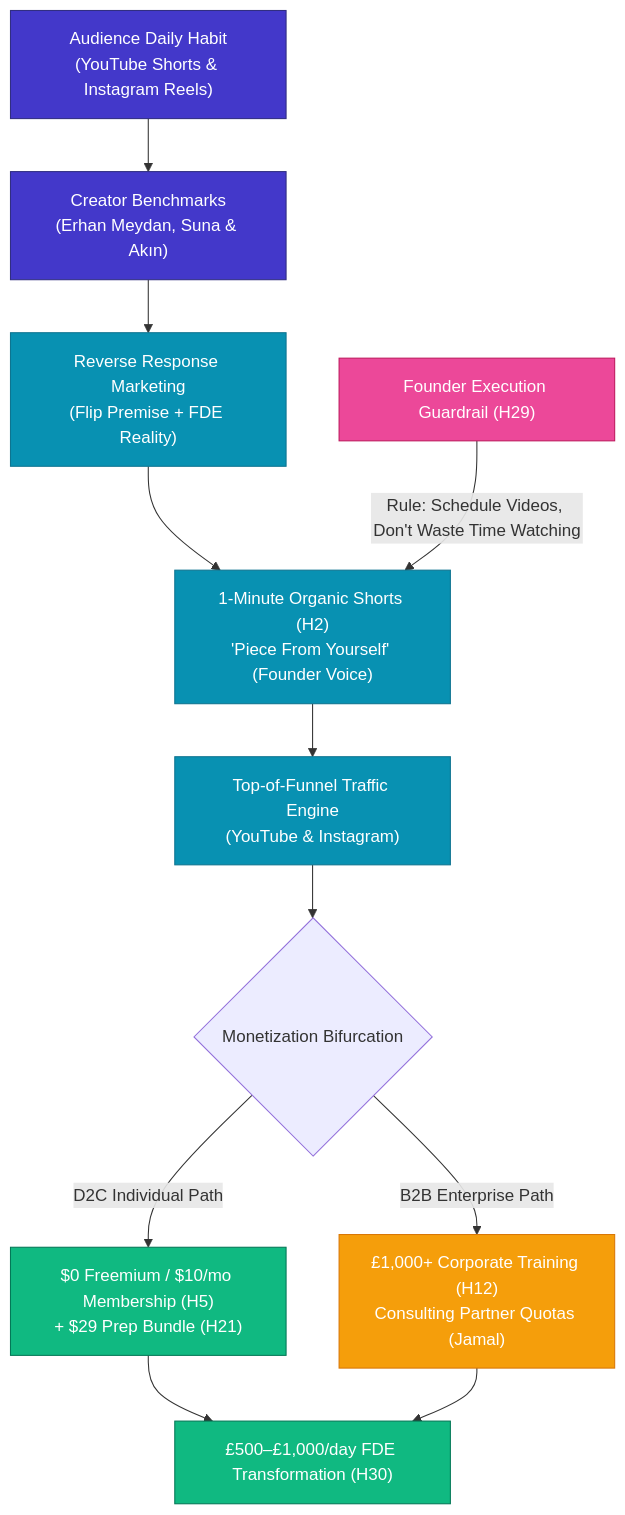
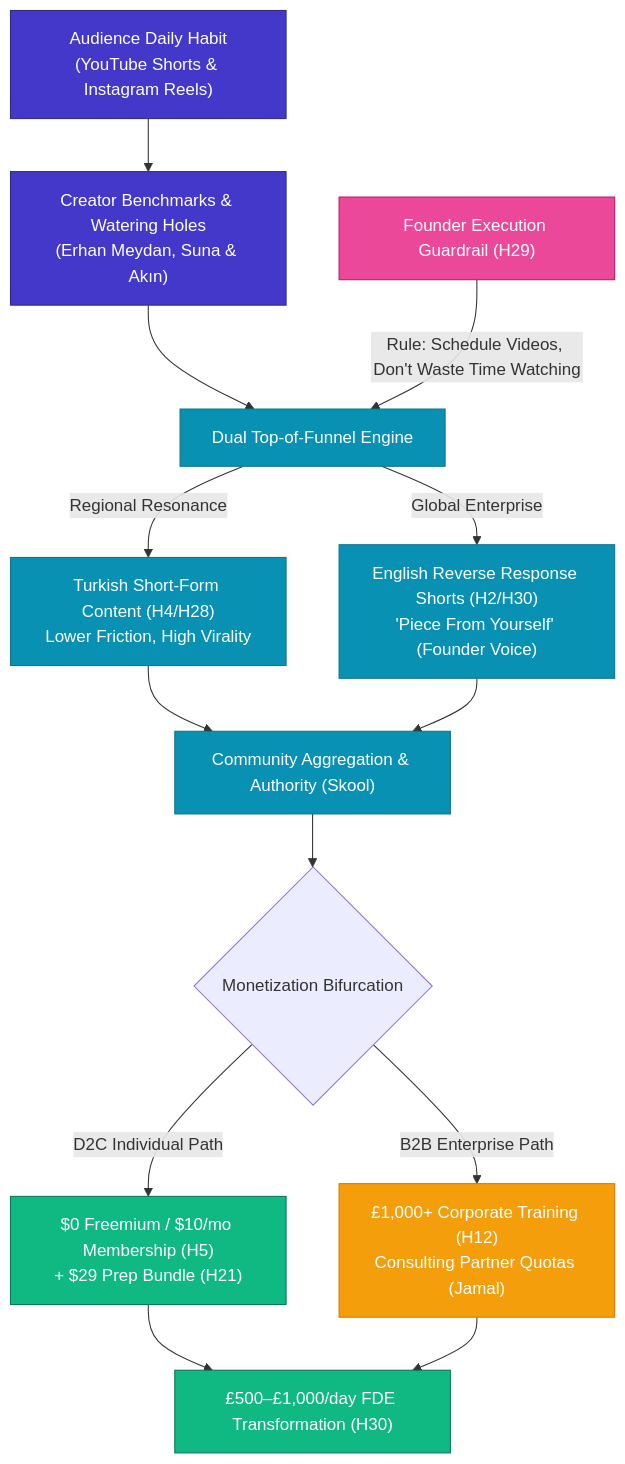
One commit to rifaterdemsahin/AI-Certification-Customer-Development changed the diagram in reports/customer-discovery-mehmet-interview-v1.0.0.md. Above: the diagram before and after it, drawn with Mermaid. The commit also changed other lines of this file and 46 other files, not shown here.

````diff
--- a/reports/customer-discovery-mehmet-interview-v1.0.0.md
+++ b/reports/customer-discovery-mehmet-interview-v1.0.0.md
@@ -60,30 +65,33 @@
 ```mermaid
 flowchart TD
-    A["Audience Daily Habit<br>(YouTube Shorts & Instagram Reels)"] --> B["Creator Benchmarks<br>(Erhan Meydan, Suna & Akın)"]
-    B --> C["Reverse Response Marketing<br>(Flip Premise + FDE Reality)"]
+    A["Audience Daily Habit<br>(YouTube Shorts & Instagram Reels)"] --> B["Creator Benchmarks & Watering Holes<br>(Erhan Meydan, Suna & Akın)"]
+    B --> C["Dual Top-of-Funnel Engine"]
     
-    C --> D["1-Minute Organic Shorts (H2)<br>'Piece From Yourself' (Founder Voice)"]
-    D --> E["Top-of-Funnel Traffic Engine<br>(YouTube & Instagram)"]
+    C -->|Regional Resonance| D1["Turkish Short-Form Content (H4/H28)<br>Lower Friction, High Virality"]
+    C -->|Global Enterprise| D2["English Reverse Response Shorts (H2/H30)<br>'Piece From Yourself' (Founder Voice)"]
+    
+    D1 --> E["Community Aggregation & Authority (Skool)"]
+    D2 --> E
     
     E --> F{"Monetization Bifurcation"}
     
     F -->|D2C Individual Path| G["$0 Freemium / $10/mo Membership (H5)<br>+ $29 Prep Bundle (H21)"]
     F -->|B2B Enterprise Path| H["£1,000+ Corporate Training (H12)<br>Consulting Partner Quotas (Jamal)"]
     
     G --> I["£500–£1,000/day FDE Transformation (H30)"]
     H --> I
     
-    J["Founder Execution Guardrail (H29)"] -->|Rule: Schedule Videos, Don't Waste Time Watching| D
+    J["Founder Execution Guardrail (H29)"] -->|Rule: Schedule Videos, Don't Waste Time Watching| C
 
     classDef media fill:#4338ca,stroke:#312e81,color:#fff;
     classDef marketing fill:#0891b2,stroke:#0e7490,color:#fff;
     classDef d2c fill:#10b981,stroke:#047857,color:#fff;
     classDef b2b fill:#f59e0b,stroke:#d97706,color:#fff;
     classDef guardrail fill:#ec4899,stroke:#be185d,color:#fff;
 
     class A,B media;
-    class C,D,E marketing;
+    class C,D1,D2,E marketing;
     class G,I d2c;
     class H b2b;
     class J guardrail;
 ```
````
